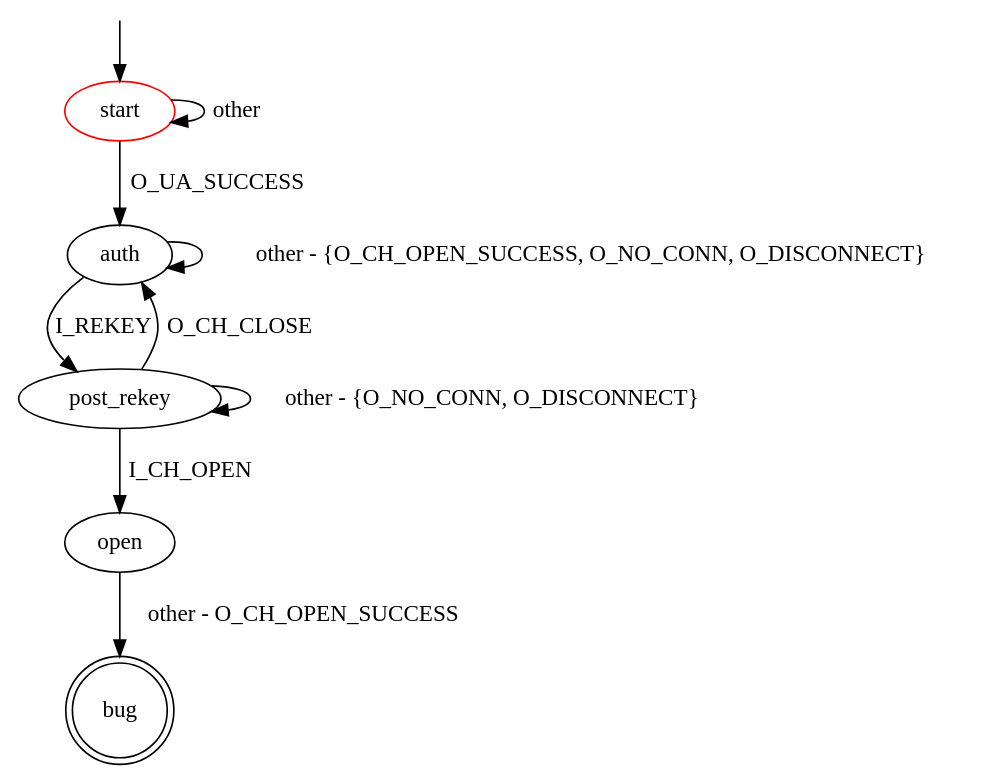
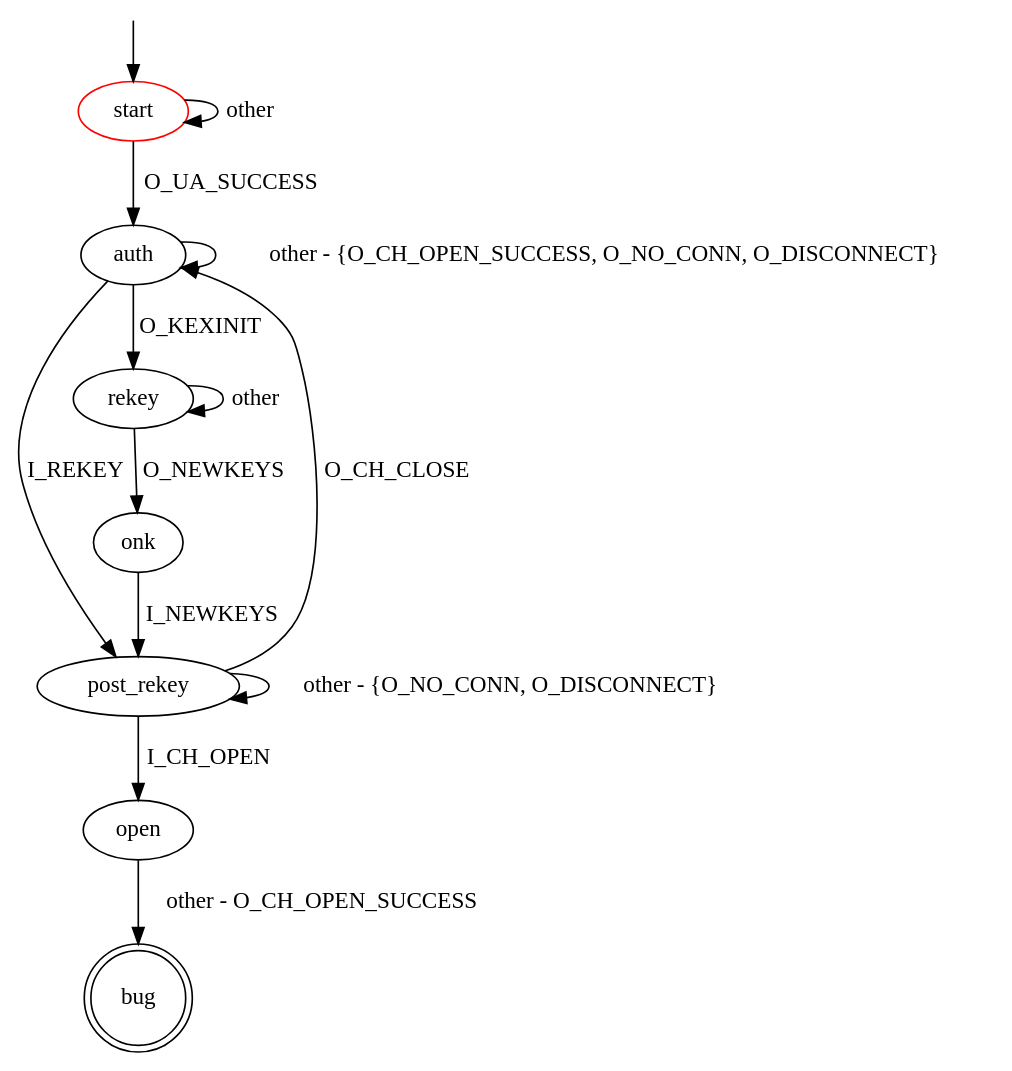
Before and after one commit to assist-project/state-machine-bug-finder: the diagram in src/main/resources/patterns/ssh/channel_open_unsuccessful_after_rekey.dot, drawn with Graphviz. The commit also changed 1 other file, not shown here.

```diff
--- a/src/main/resources/patterns/ssh/channel_open_unsuccessful_after_rekey.dot
+++ b/src/main/resources/patterns/ssh/channel_open_unsuccessful_after_rekey.dot
@@ -1,18 +1,23 @@
 digraph G {
 label=""
 start [color="red"]
 bug [shape="doublecircle"]
 
 start -> auth [label="O_UA_SUCCESS"]
 start -> start [label="other"]
 auth -> post_rekey [label="I_REKEY"]
+auth -> rekey [label="O_KEXINIT"]
 auth -> auth [label="other - {O_CH_OPEN_SUCCESS, O_NO_CONN, O_DISCONNECT}"]
+
+rekey -> onk [label="O_NEWKEYS"]
+rekey -> rekey [label="other"]
+onk -> post_rekey [label="I_NEWKEYS"]
 
 post_rekey -> open [label="I_CH_OPEN"]
 post_rekey -> auth [label="O_CH_CLOSE"]
 post_rekey -> post_rekey [label="other - {O_NO_CONN, O_DISCONNECT}"]
 open -> bug [label="other - O_CH_OPEN_SUCCESS"]
 
 __start0 [label="" shape="none" width="0" height="0"];
 __start0 -> start;
 }
```
